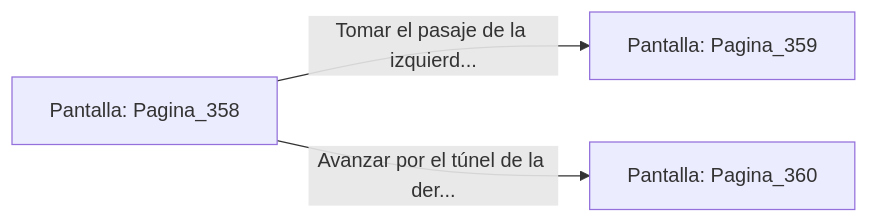
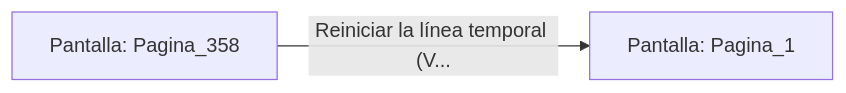
Before and after one commit to metsuke/mpl: the diagram in sample/eligejuego-vault/Pantalla_Pagina_358.md, drawn with Mermaid. The commit also changed other lines of this file and 635 other files, not shown here.

First line of the commit message:
fix: añadir Pagina_1 como pantalla inicial en capitulo_01.mpl

````diff
--- a/sample/eligejuego-vault/Pantalla_Pagina_358.md
+++ b/sample/eligejuego-vault/Pantalla_Pagina_358.md
@@ -20,6 +17,5 @@
 ```mermaid
 graph LR
     P_Pagina_358["Pantalla: Pagina_358"]
-    P_Pagina_358 -->|"Tomar el pasaje de la izquierd..."| P_Pagina_359["Pantalla: Pagina_359"]
-    P_Pagina_358 -->|"Avanzar por el túnel de la der..."| P_Pagina_360["Pantalla: Pagina_360"]
+    P_Pagina_358 -->|"Reiniciar la línea temporal (V..."| P_Pagina_1["Pantalla: Pagina_1"]
 ```
````
